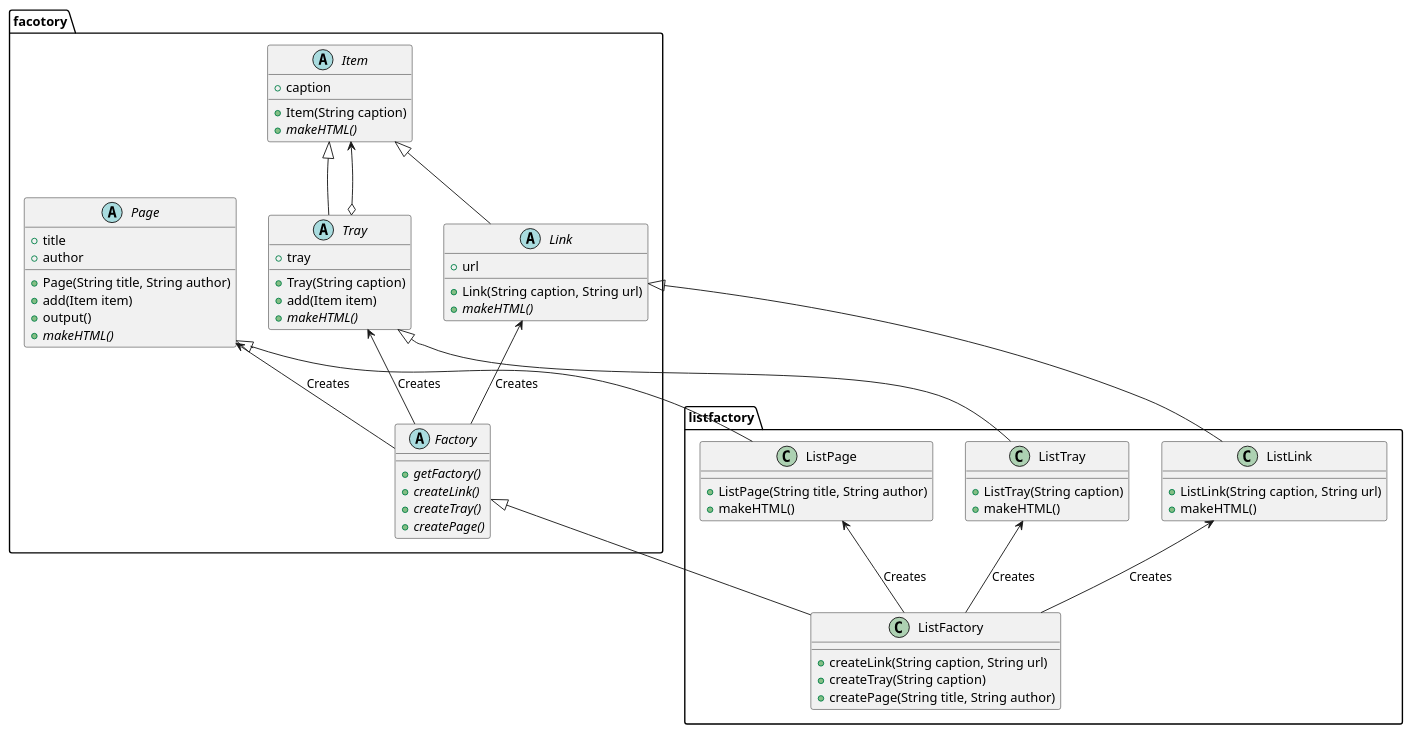
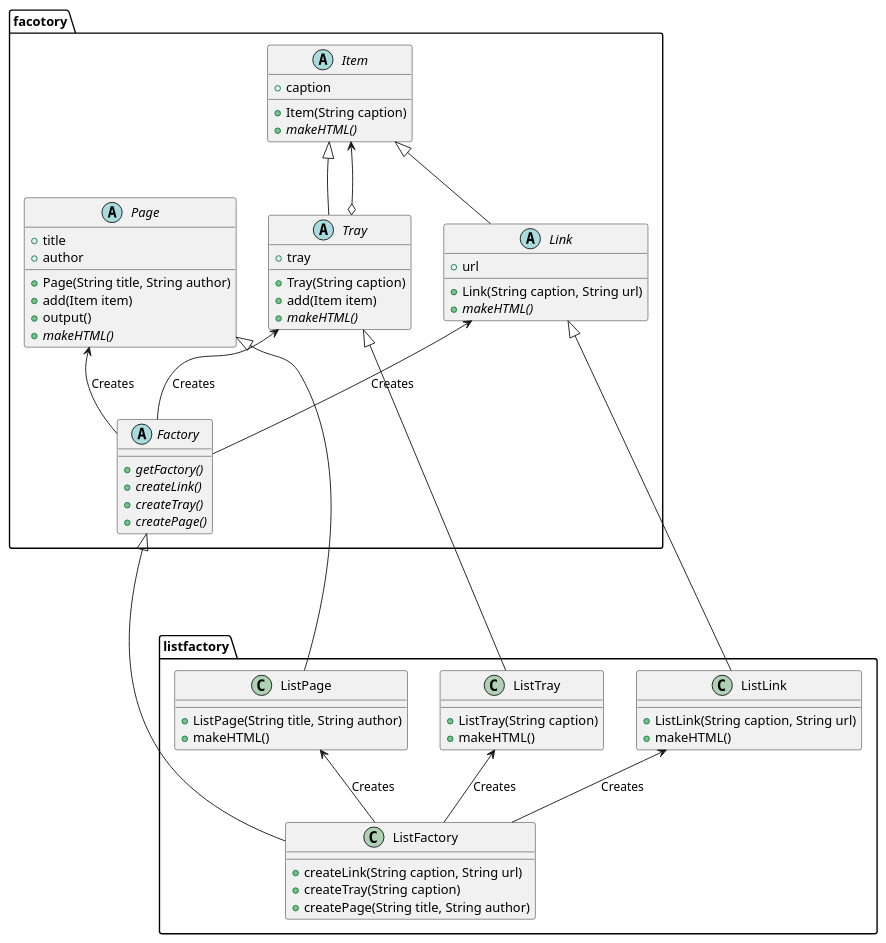
One commit to ku2ma2/design_pattern changed the diagram in AbstractFactory/README.md. Above: the diagram before and after it, drawn with PlantUML.

Commit message:
Improved README

````diff
--- a/AbstractFactory/README.md
+++ b/AbstractFactory/README.md
@@ -4,75 +4,75 @@
 ```uml
 @startuml
 
 package facotory {
     abstract Item {
         +caption
         +Item(String caption)
         {abstract} +makeHTML()
     }
     abstract Link {
         +url
         +Link(String caption, String url)
         {abstract} +makeHTML()
     }
     abstract Tray {
         +tray
         +Tray(String caption)
         +add(Item item)
         {abstract} +makeHTML()
     }
     abstract Page {
         +title
         +author
         +Page(String title, String author)
         +add(Item item)
         +output()
         {abstract} +makeHTML()
     }
     abstract Factory {
         {abstract} +getFactory()
         {abstract} +createLink()
         {abstract} +createTray()
         {abstract} +createPage()
     }
 }
 
 package listfactory {
 
     class ListLink {
         +ListLink(String caption, String url)
         +makeHTML()
     }
     class ListTray {
         +ListTray(String caption)
         +makeHTML()
     }
     class ListPage {
         +ListPage(String title, String author)
         +makeHTML()
     }
     class ListFactory {
         +createLink(String caption, String url)
         +createTray(String caption)
         +createPage(String title, String author)
     }
 }
 
 
 Link -up-|> Item
 Tray -up-|> Item
 Tray o-up-> Item
 Factory -up-> Link: Creates
 Factory -up-> Tray: Creates
 Factory -up-> Page: Creates
 
 ListFactory -up-> ListLink: Creates
 ListFactory -up-> ListTray: Creates
 ListFactory -up-> ListPage: Creates
-ListFactory -up-|> Factory
-ListLink -up-|> Link
-ListTray -up-|> Tray
-ListPage -up-|> Page
+ListFactory --up--|> Factory
+ListLink --up--|> Link
+ListTray --up--|> Tray
+ListPage --up--|> Page
 
 @enduml
 ```
````
